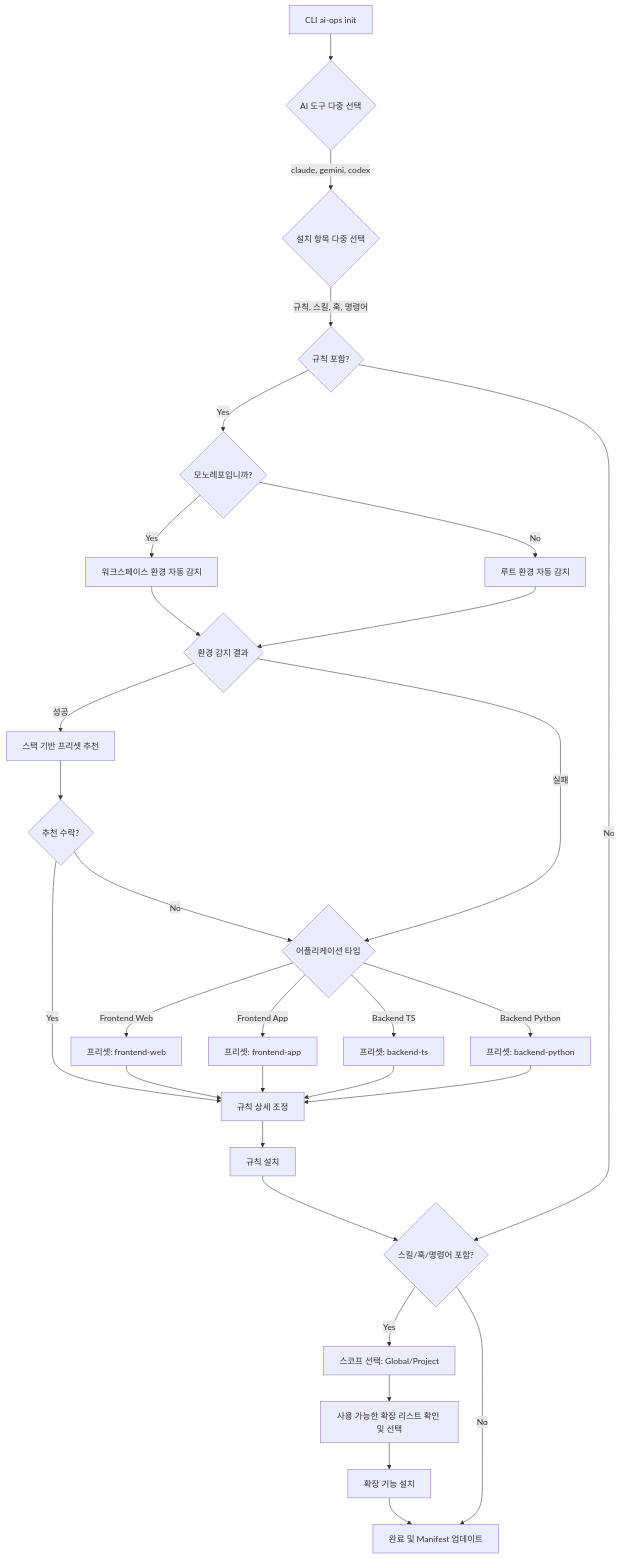
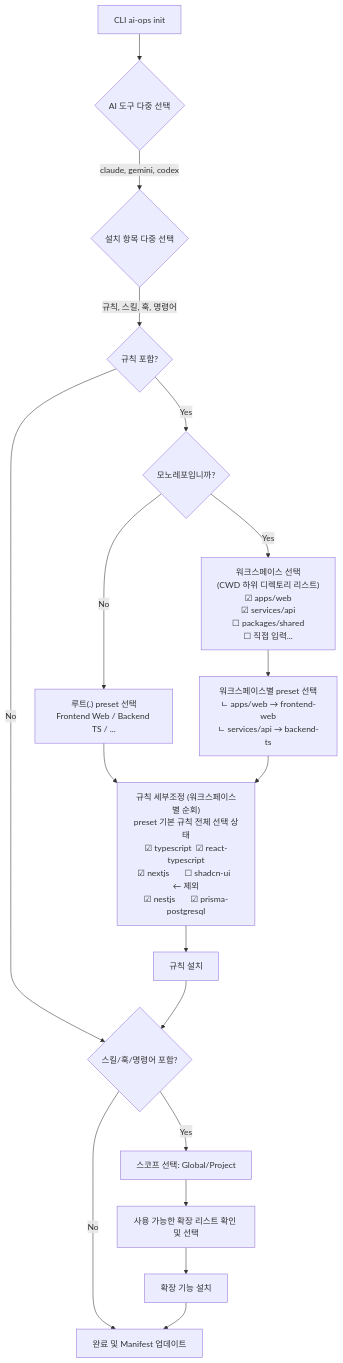
The diagram in docs/tui-flow-ai-init-plan.md (MincheolC/ai-ops-cli), drawn with Mermaid before and after one commit. The commit also changed other lines of this file and 5 other files, not shown here.

````diff
--- a/docs/tui-flow-ai-init-plan.md
+++ b/docs/tui-flow-ai-init-plan.md
@@ -23,51 +26,40 @@
 ```mermaid
 flowchart TD
     Start[CLI ai-ops init] --> AI_Tools{AI 도구 다중 선택}
     AI_Tools -->|"claude, gemini, codex"| Categories
 
     Categories{설치 항목 다중 선택}
     Categories -->|"규칙, 스킬, 훅, 명령어"| Has_Rules
 
     Has_Rules{규칙 포함?}
     Has_Rules -->|"Yes"| Is_Monorepo
     Has_Rules -->|"No"| Has_Exts
 
-    %% Phase 1: 규칙 설치 플로우
+    %% 규칙 설치 플로우
     Is_Monorepo{모노레포입니까?}
-    Is_Monorepo -->|"Yes"| Detect_Workspace[워크스페이스 환경 자동 감지]
-    Is_Monorepo -->|"No"| Detect_Root[루트 환경 자동 감지]
+    Is_Monorepo -->|"No"| Root_Preset["루트(.) preset 선택\nFrontend Web / Backend TS / ..."]
+    Is_Monorepo -->|"Yes"| Select_Workspaces
 
-    Detect_Workspace --> Env_Result
-    Detect_Root --> Env_Result
+    Select_Workspaces["워크스페이스 선택\n(CWD 하위 디렉토리 리스트)\n☑ apps/web\n☑ services/api\n☐ packages/shared\n☐ 직접 입력..."]
+    Select_Workspaces --> Per_Workspace
 
-    Env_Result{환경 감지 결과}
-    Env_Result -->|"성공"| Auto_Suggest[스택 기반 프리셋 추천]
-    Env_Result -->|"실패"| App_Type{어플리케이션 타입}
+    Per_Workspace["워크스페이스별 preset 선택\nㄴ apps/web → frontend-web\nㄴ services/api → backend-ts"]
 
-    Auto_Suggest --> Confirm_Auto{추천 수락?}
-    Confirm_Auto -->|"Yes"| Manual_Rules[규칙 상세 조정]
-    Confirm_Auto -->|"No"| App_Type
+    Root_Preset --> Fine_Tune
+    Per_Workspace --> Fine_Tune
 
-    App_Type -->|"Frontend Web"| Preset_Web[프리셋: frontend-web]
-    App_Type -->|"Frontend App"| Preset_App[프리셋: frontend-app]
-    App_Type -->|"Backend TS"| Preset_Back_TS[프리셋: backend-ts]
-    App_Type -->|"Backend Python"| Preset_Back_Py[프리셋: backend-python]
+    Fine_Tune["규칙 세부조정 (워크스페이스별 순회)\npreset 기본 규칙 전체 선택 상태\n☑ typescript  ☑ react-typescript\n☑ nextjs       ☐ shadcn-ui  ← 제외\n☑ nestjs       ☑ prisma-postgresql"]
 
-    Preset_Web --> Manual_Rules
-    Preset_App --> Manual_Rules
-    Preset_Back_TS --> Manual_Rules
-    Preset_Back_Py --> Manual_Rules
-
-    Manual_Rules --> Install_Rules[규칙 설치]
+    Fine_Tune --> Install_Rules[규칙 설치]
     Install_Rules --> Has_Exts
 
-    %% Phase 2: 확장 기능 (스킬, 훅, 명령어) 설치 플로우
+    %% 확장 기능 (스킬, 훅, 명령어) 설치 플로우
     Has_Exts{스킬/훅/명령어 포함?}
     Has_Exts -->|"Yes"| Ext_Scope[스코프 선택: Global/Project]
     Has_Exts -->|"No"| Finalize
 
     Ext_Scope --> Ext_Select[사용 가능한 확장 리스트 확인 및 선택]
     Ext_Select --> Install_Exts[확장 기능 설치]
 
     Install_Exts --> Finalize[완료 및 Manifest 업데이트]
 ```
````
